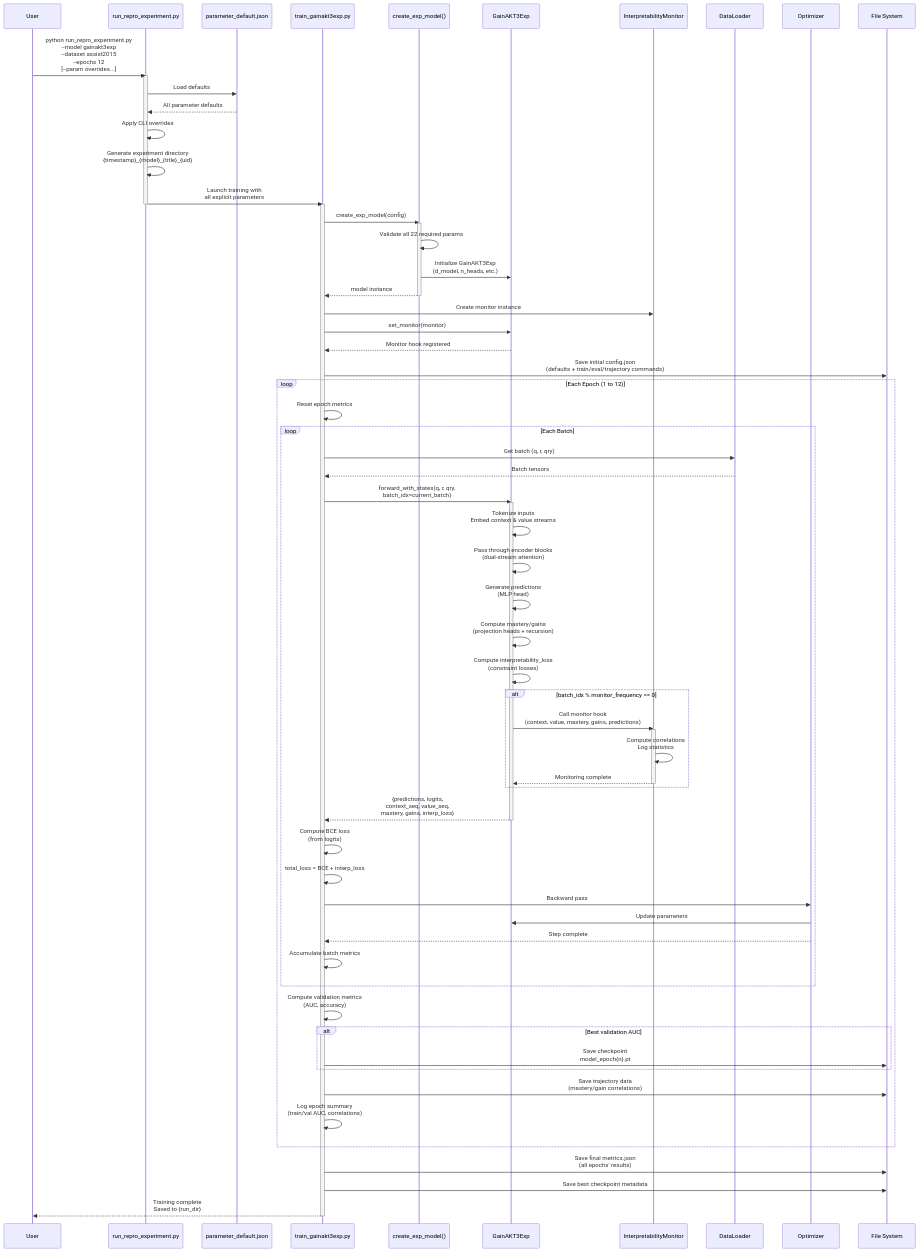
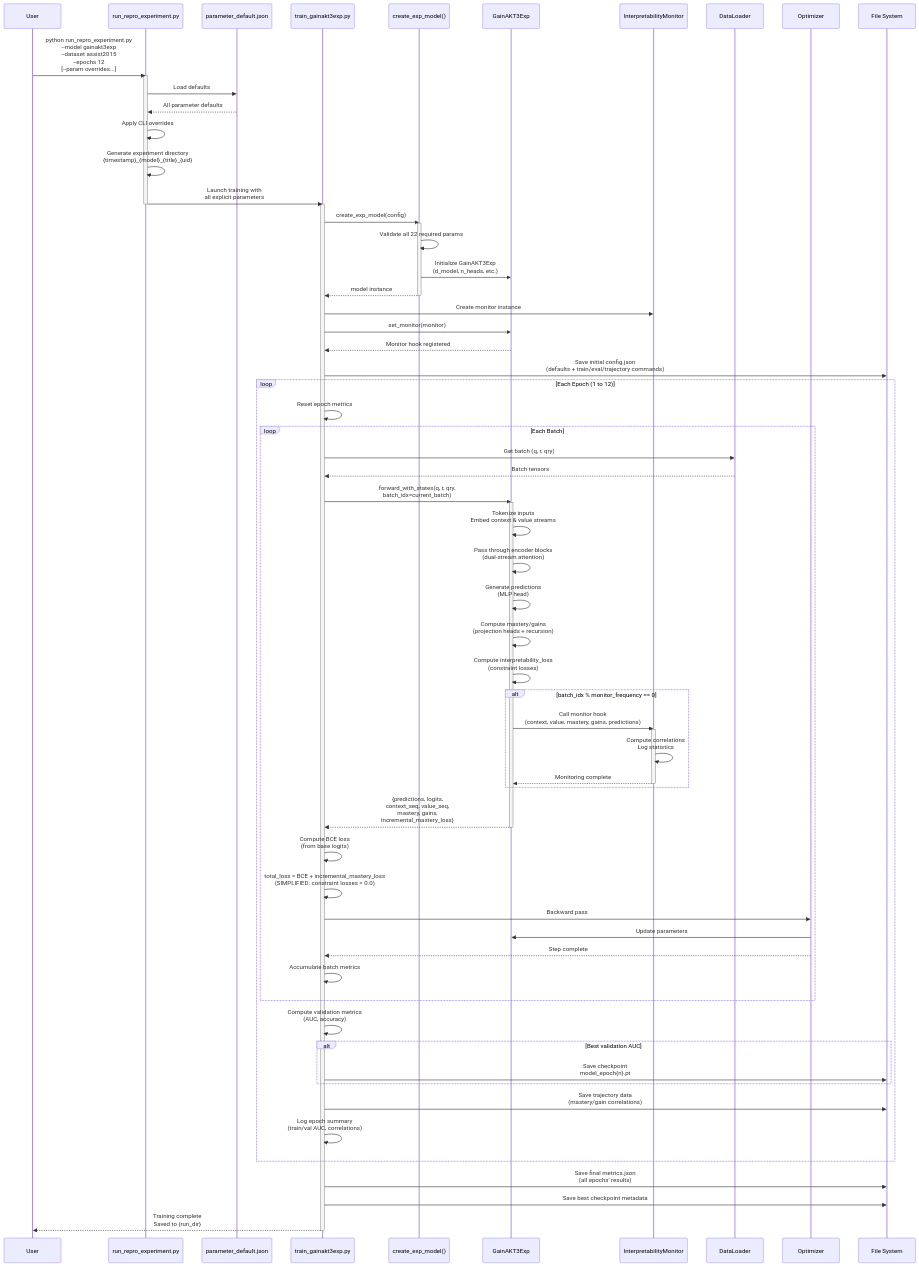
One commit to clabra/pykt-toolkit changed the second of 5 diagrams in paper/STATUS_gainakt3exp.md. Above: the diagram before and after it, drawn with Mermaid. The commit also changed other lines of this file, not shown here.

First line of the commit message:
docs: Update STATUS_gainakt3exp.md for simplified architecture consistency

```diff
--- a/paper/STATUS_gainakt3exp.md
+++ b/paper/STATUS_gainakt3exp.md
@@ -640,11 +645,11 @@
                 deactivate Monitor
             end
             
-            Model-->>TrainScript: {predictions, logits,<br/>context_seq, value_seq,<br/>mastery, gains, interp_loss}
+            Model-->>TrainScript: {predictions, logits,<br/>context_seq, value_seq,<br/>mastery, gains,<br/>incremental_mastery_loss}
             deactivate Model
             
-            TrainScript->>TrainScript: Compute BCE loss<br/>(from logits)
-            TrainScript->>TrainScript: total_loss = BCE + interp_loss
+            TrainScript->>TrainScript: Compute BCE loss<br/>(from base logits)
+            TrainScript->>TrainScript: total_loss = BCE + incremental_mastery_loss<br/>(SIMPLIFIED: constraint losses = 0.0)
             
             TrainScript->>Optimizer: Backward pass
             Optimizer->>Model: Update parameters
```
